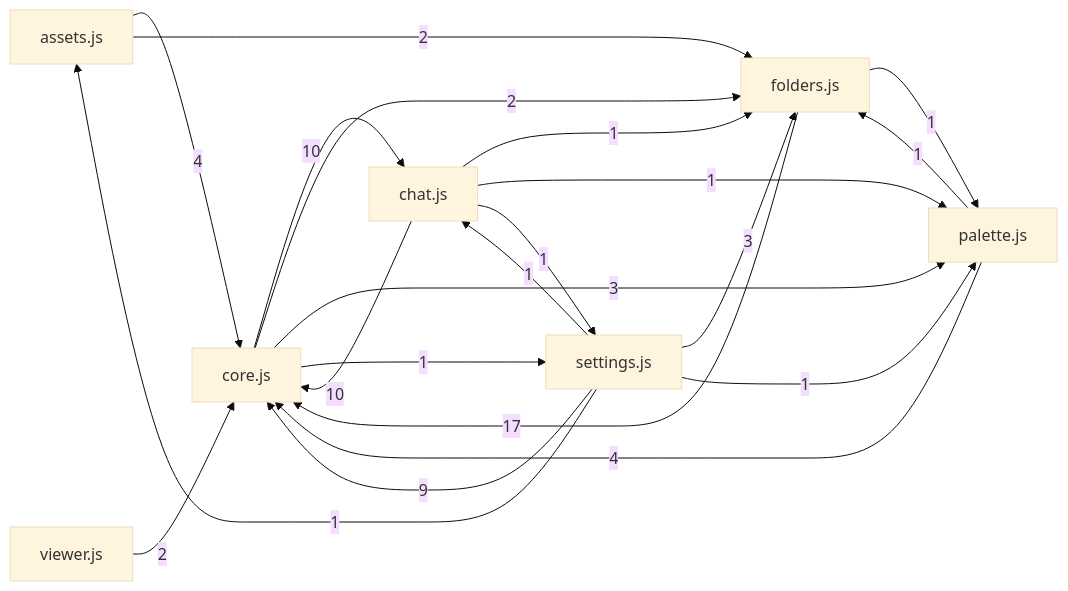
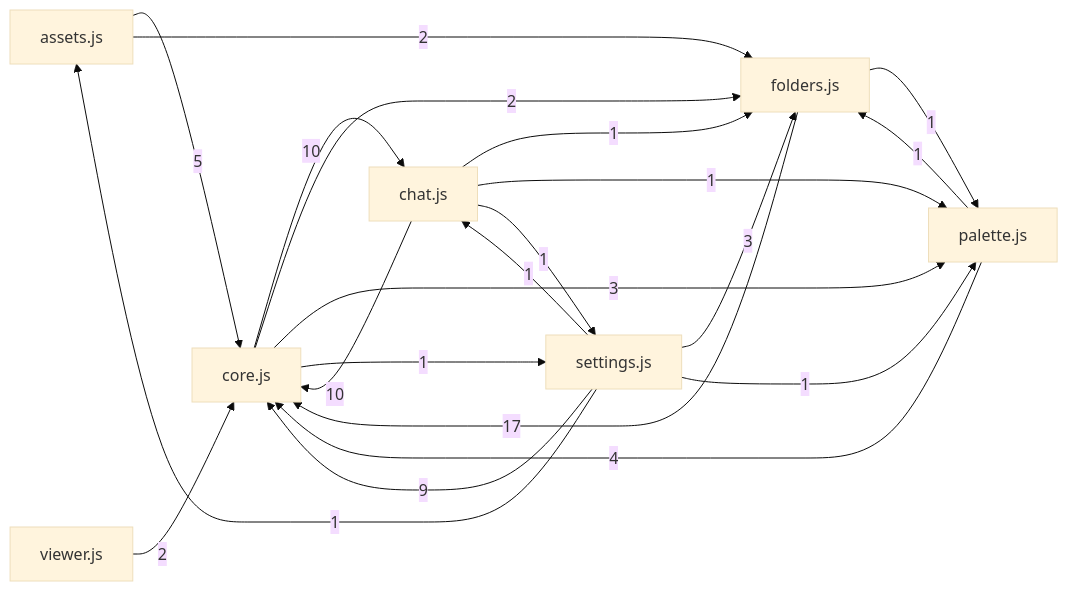
One commit to Zenginby/kromis changed the diagram in docs/graflar/onyuz.md. Above: the diagram before and after it, drawn with Mermaid (base theme). The commit also changed other lines of this file and 9 other files, not shown here.

````diff
--- a/docs/graflar/onyuz.md
+++ b/docs/graflar/onyuz.md
@@ -23,23 +23,23 @@
 ```mermaid
 flowchart LR
-  n_assets_js["assets.js"] -->|4| n_core_js["core.js"]
+  n_assets_js["assets.js"] -->|5| n_core_js["core.js"]
   n_assets_js["assets.js"] -->|2| n_folders_js["folders.js"]
   n_chat_js["chat.js"] -->|10| n_core_js["core.js"]
   n_chat_js["chat.js"] -->|1| n_folders_js["folders.js"]
   n_chat_js["chat.js"] -->|1| n_palette_js["palette.js"]
   n_chat_js["chat.js"] -->|1| n_settings_js["settings.js"]
   n_core_js["core.js"] -->|10| n_chat_js["chat.js"]
   n_core_js["core.js"] -->|2| n_folders_js["folders.js"]
   n_core_js["core.js"] -->|3| n_palette_js["palette.js"]
   n_core_js["core.js"] -->|1| n_settings_js["settings.js"]
   n_folders_js["folders.js"] -->|17| n_core_js["core.js"]
   n_folders_js["folders.js"] -->|1| n_palette_js["palette.js"]
   n_palette_js["palette.js"] -->|4| n_core_js["core.js"]
   n_palette_js["palette.js"] -->|1| n_folders_js["folders.js"]
   n_settings_js["settings.js"] -->|1| n_assets_js["assets.js"]
   n_settings_js["settings.js"] -->|1| n_chat_js["chat.js"]
   n_settings_js["settings.js"] -->|9| n_core_js["core.js"]
   n_settings_js["settings.js"] -->|3| n_folders_js["folders.js"]
   n_settings_js["settings.js"] -->|1| n_palette_js["palette.js"]
   n_viewer_js["viewer.js"] -->|2| n_core_js["core.js"]
 ```
````
